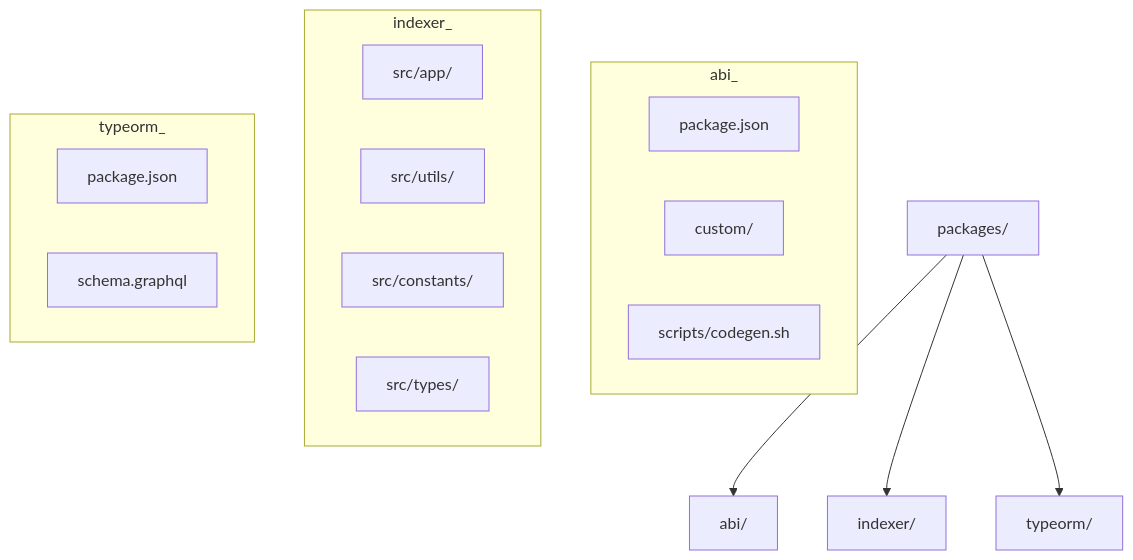
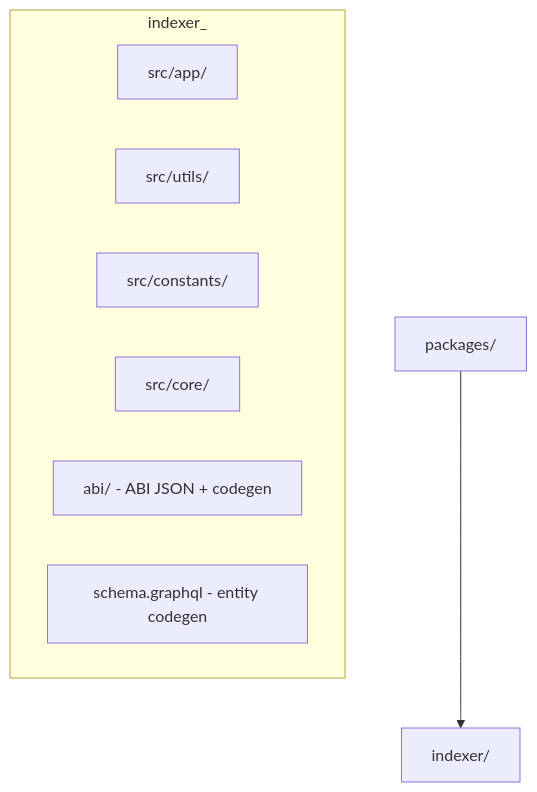
One commit to chillwhales/lsp-indexer changed the second of 3 diagrams in docs/ARCHITECTURE.md. Above: the diagram before and after it, drawn with Mermaid. The commit also changed other lines of this file and 126 other files, not shown here.

First line of the commit message:
feat: Package Consolidation (M008) — merge abi + typeorm into indexer (#364)

````diff
--- a/docs/ARCHITECTURE.md
+++ b/docs/ARCHITECTURE.md
@@ -52,24 +52,13 @@
 ```mermaid
 graph TD
-    A[packages/] --> B[abi/]
-    A --> C[indexer/]
-    A --> D[typeorm/]
-
-    subgraph abi_
-        B1[package.json]
-        B2[custom/]
-        B3[scripts/codegen.sh]
-    end
+    A[packages/] --> C[indexer/]
 
     subgraph indexer_
         C1[src/app/]
         C2[src/utils/]
         C3[src/constants/]
-        C4[src/types/]
-    end
-
-    subgraph typeorm_
-        D1[package.json]
-        D2[schema.graphql]
+        C4[src/core/]
+        C5[abi/ - ABI JSON + codegen]
+        C6[schema.graphql - entity codegen]
     end
 ```
````
